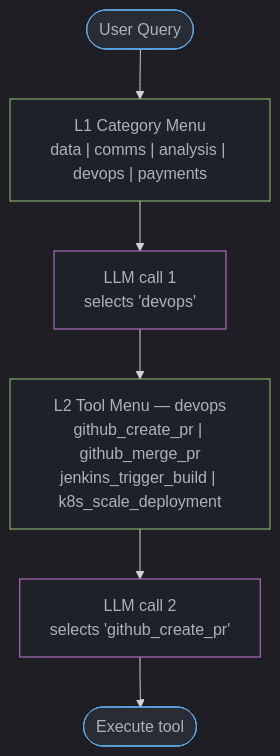
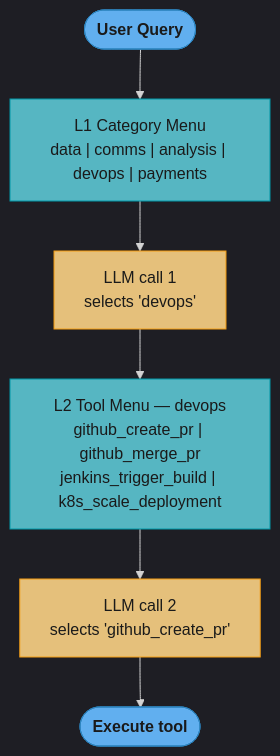
The third of 4 diagrams in src/main/java/com/rutik/systemdesign/llm/agents_and_tool_use/tool_selection_at_scale.md (rppol/system-design), drawn with Mermaid before and after one commit. The commit also changed other lines of this file and 88 other files, not shown here.

````diff
--- a/src/main/java/com/rutik/systemdesign/llm/agents_and_tool_use/tool_selection_at_scale.md
+++ b/src/main/java/com/rutik/systemdesign/llm/agents_and_tool_use/tool_selection_at_scale.md
@@ -131,17 +135,21 @@
 ```mermaid
 %%{init: {'flowchart': {'curve': 'basis'}, 'theme': 'dark'}}%%
 flowchart TD
+    classDef io      fill:#61afef,stroke:#2e86c1,color:#1a1a1a,font-weight:bold
+    classDef frozen  fill:#c678dd,stroke:#9b59b6,color:#fff
+    classDef train   fill:#98c379,stroke:#27ae60,color:#1a1a1a
+    classDef mathOp  fill:#d19a66,stroke:#e67e22,color:#1a1a1a,font-weight:bold
+    classDef lossN   fill:#e06c75,stroke:#c0392b,color:#fff,font-weight:bold
+    classDef req     fill:#56b6c2,stroke:#0097a7,color:#1a1a1a
+    classDef base    fill:#e5c07b,stroke:#f39c12,color:#1a1a1a
+
     Query([User Query]) --> L1
     L1["L1 Category Menu\ndata | comms | analysis | devops | payments"] --> LLM1["LLM call 1\nselects 'devops'"]
     LLM1 --> L2["L2 Tool Menu — devops\ngithub_create_pr | github_merge_pr\njenkins_trigger_build | k8s_scale_deployment"]
     L2 --> LLM2["LLM call 2\nselects 'github_create_pr'"]
     LLM2 --> Execute([Execute tool])
 
-    classDef io     fill:#282c34,stroke:#61afef,color:#abb2bf
-    classDef proc   fill:#1e2127,stroke:#98c379,color:#abb2bf
-    classDef llm    fill:#1e2127,stroke:#c678dd,color:#abb2bf
-
     class Query,Execute io
-    class L1,L2 proc
-    class LLM1,LLM2 llm
+    class L1,L2 req
+    class LLM1,LLM2 base
 ```
````
